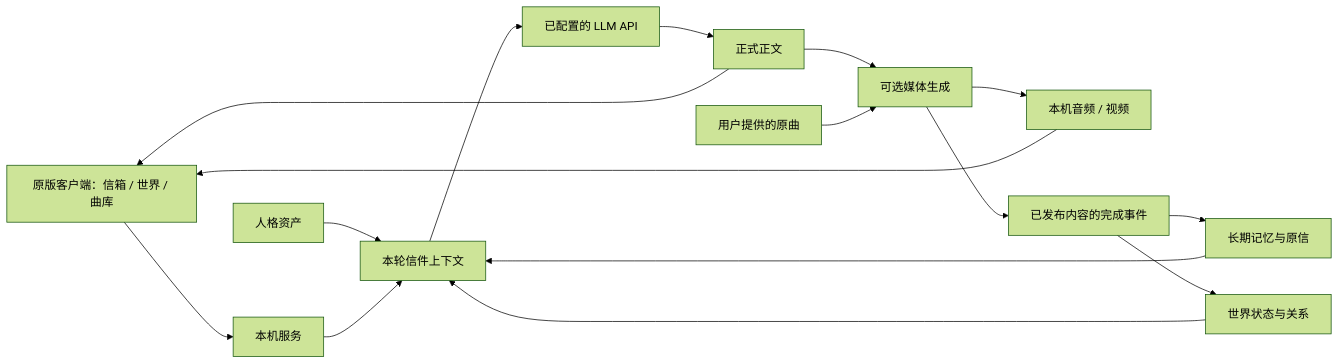
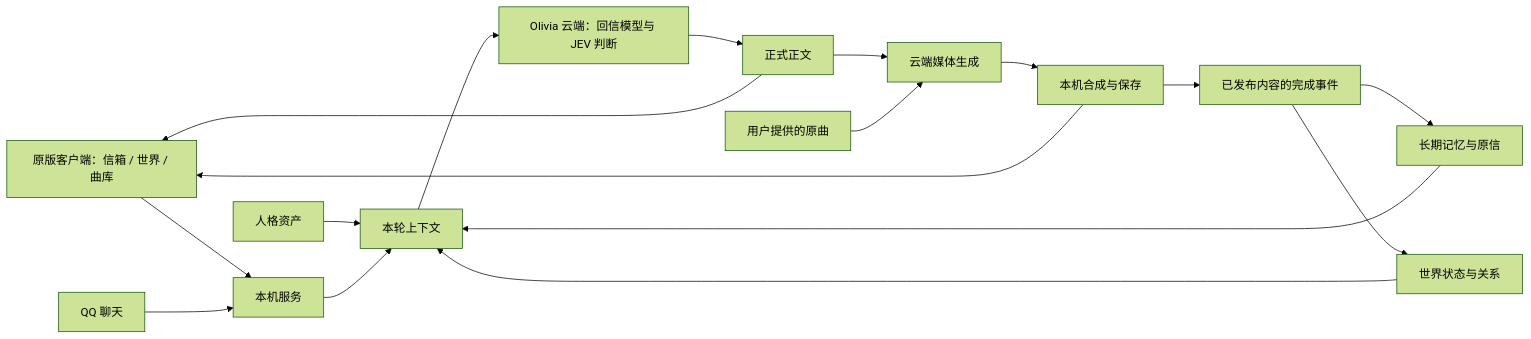
Before and after one commit to JeffBridges1376/bside-olivia-community: the diagram in README.md, drawn with Mermaid (forest theme). The commit also changed other lines of this file and 1 other file, not shown here.

First line of the commit message:
docs: refresh README and 2.0.0 notes for the cloud-only release

````diff
--- a/README.md
+++ b/README.md
@@ -85,18 +93,19 @@
 ```mermaid
 flowchart LR
     Client[原版客户端：信箱 / 世界 / 曲库] --> Server[本机服务]
-    Persona[人格资产] --> Context[本轮信件上下文]
+    QQ[QQ 聊天] --> Server
+    Persona[人格资产] --> Context[本轮上下文]
     Memory[长期记忆与原信] --> Context
     World[世界状态与关系] --> Context
     Server --> Context
-    Context --> LLM[已配置的 LLM API]
-    LLM --> Reply[正式正文]
+    Context --> Cloud[Olivia 云端：回信模型与 JEV 判断]
+    Cloud --> Reply[正式正文]
     Reply --> Client
-    Reply --> Media[可选媒体生成]
+    Reply --> Media[云端媒体生成]
     Source[用户提供的原曲] --> Media
-    Media --> Files[本机音频 / 视频]
+    Media --> Files[本机合成与保存]
     Files --> Client
-    Media --> Delivered[已发布内容的完成事件]
+    Files --> Delivered[已发布内容的完成事件]
     Delivered --> Memory
     Delivered --> World
 ```
````
